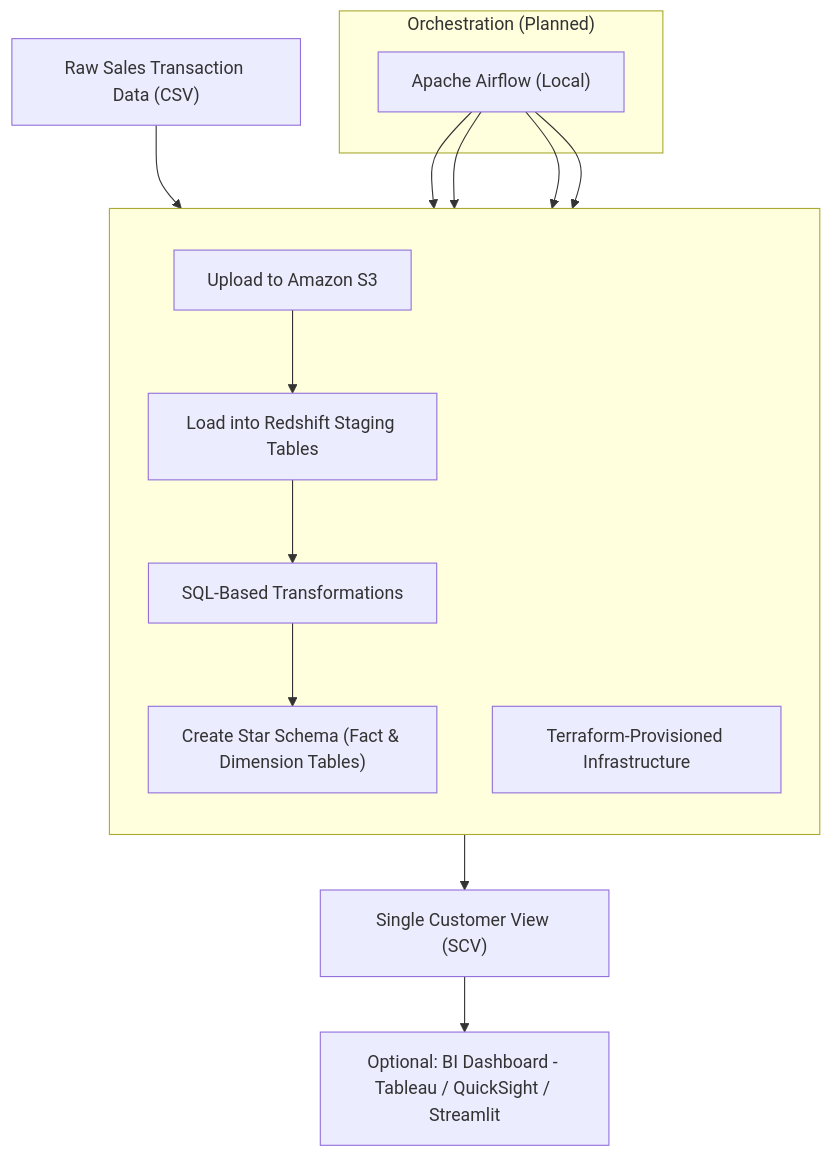
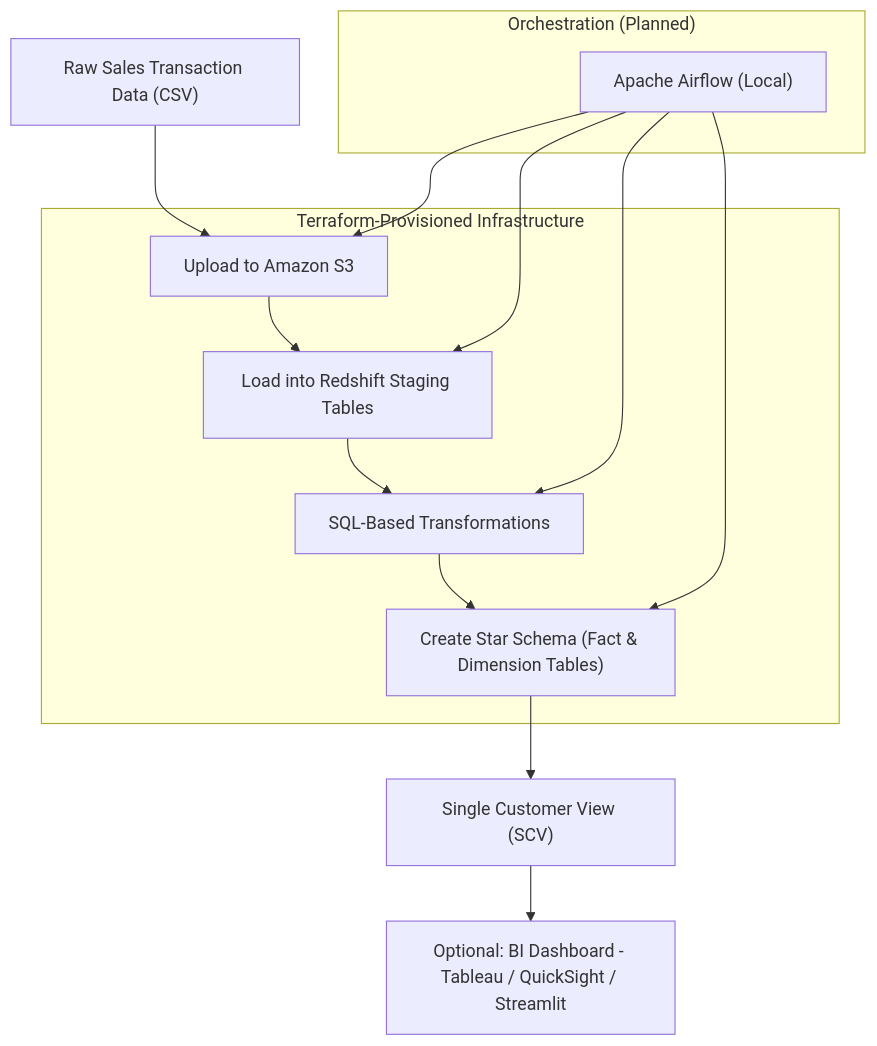
Before and after one commit to tungstennn/EcomDataPipeline-DataOps: the diagram in README.md, drawn with Mermaid.

````diff
--- a/README.md
+++ b/README.md
@@ -19,27 +19,25 @@
 ```mermaid
 graph TD
     A["Raw Sales Transaction Data (CSV)"] --> B["Upload to Amazon S3"]
     B --> C["Load into Redshift Staging Tables"]
     C --> D["SQL-Based Transformations"]
     D --> E["Create Star Schema (Fact & Dimension Tables)"]
     E --> F["Single Customer View (SCV)"]
     F --> G["Optional: BI Dashboard - Tableau / QuickSight / Streamlit"]
 
-    subgraph TF[ ]
-        direction TB
-        X["Terraform-Provisioned Infrastructure"]
+    subgraph "Terraform-Provisioned Infrastructure"
         B
         C
         D
         E
     end
 
-    subgraph OR["Orchestration (Planned)"]
+    subgraph "Orchestration (Planned)"
         H["Apache Airflow (Local)"]
     end
 
     H --> B
     H --> C
     H --> D
     H --> E
 ```
````
